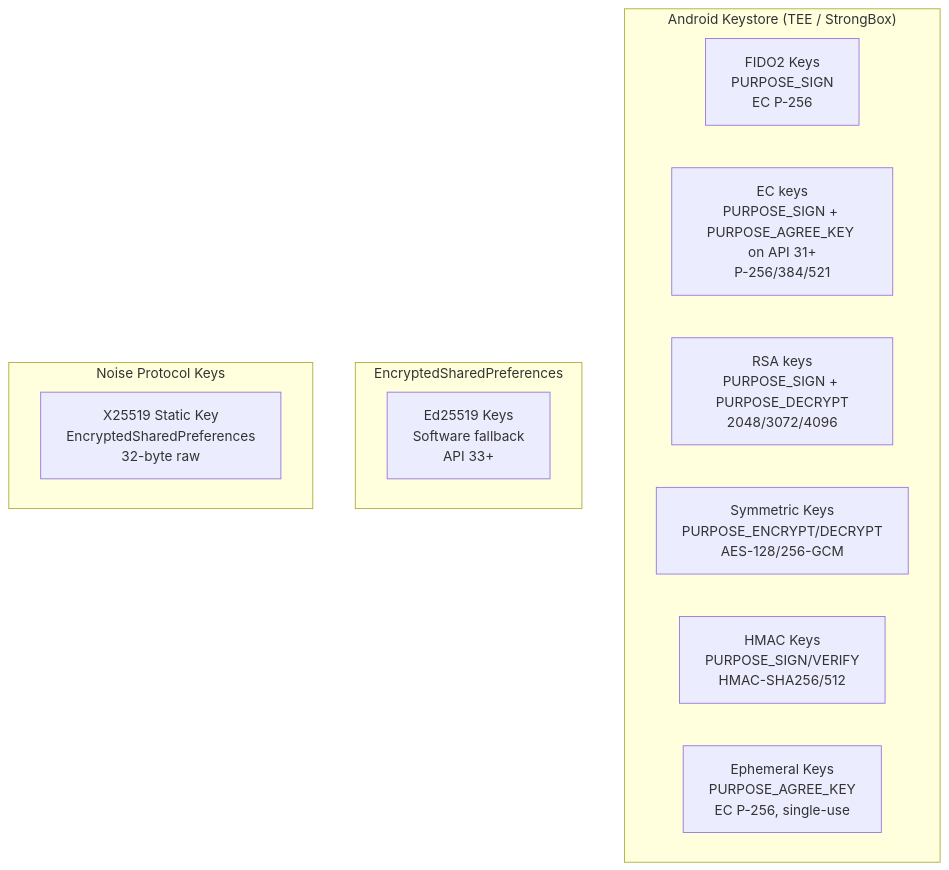
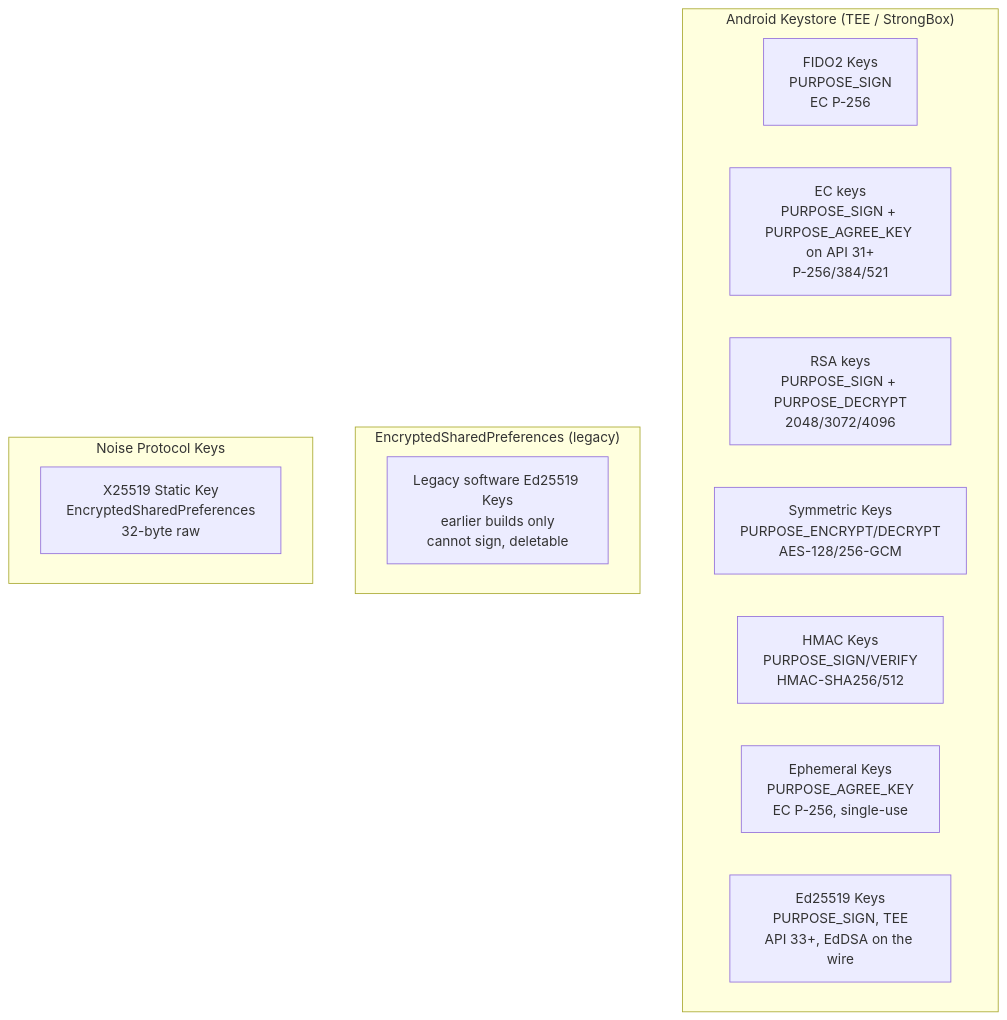
One commit to jeremyhahn/xkey-android changed the first of 9 diagrams in docs/hardware-backed-keys/architecture.md. Above: the diagram before and after it, drawn with Mermaid. The commit also changed other lines of this file and 21 other files, not shown here.

````diff
--- a/docs/hardware-backed-keys/architecture.md
+++ b/docs/hardware-backed-keys/architecture.md
@@ -25,19 +28,20 @@
 ```mermaid
 graph TB
     subgraph Hardware["Android Keystore (TEE / StrongBox)"]
         FIDO[FIDO2 Keys<br/>PURPOSE_SIGN<br/>EC P-256]
         SIGN[EC keys<br/>PURPOSE_SIGN + PURPOSE_AGREE_KEY on API 31+<br/>P-256/384/521]
         RSA[RSA keys<br/>PURPOSE_SIGN + PURPOSE_DECRYPT<br/>2048/3072/4096]
         AES[Symmetric Keys<br/>PURPOSE_ENCRYPT/DECRYPT<br/>AES-128/256-GCM]
         HMAC[HMAC Keys<br/>PURPOSE_SIGN/VERIFY<br/>HMAC-SHA256/512]
         EPHEM[Ephemeral Keys<br/>PURPOSE_AGREE_KEY<br/>EC P-256, single-use]
+        ED25519[Ed25519 Keys<br/>PURPOSE_SIGN, TEE<br/>API 33+, EdDSA on the wire]
     end
 
-    subgraph Software["EncryptedSharedPreferences"]
-        ED25519[Ed25519 Keys<br/>Software fallback<br/>API 33+]
+    subgraph Legacy["EncryptedSharedPreferences (legacy)"]
+        ED25519SW[Legacy software Ed25519 Keys<br/>earlier builds only<br/>cannot sign, deletable]
     end
 
     subgraph Noise["Noise Protocol Keys"]
         X25519[X25519 Static Key<br/>EncryptedSharedPreferences<br/>32-byte raw]
     end
 ```
````
